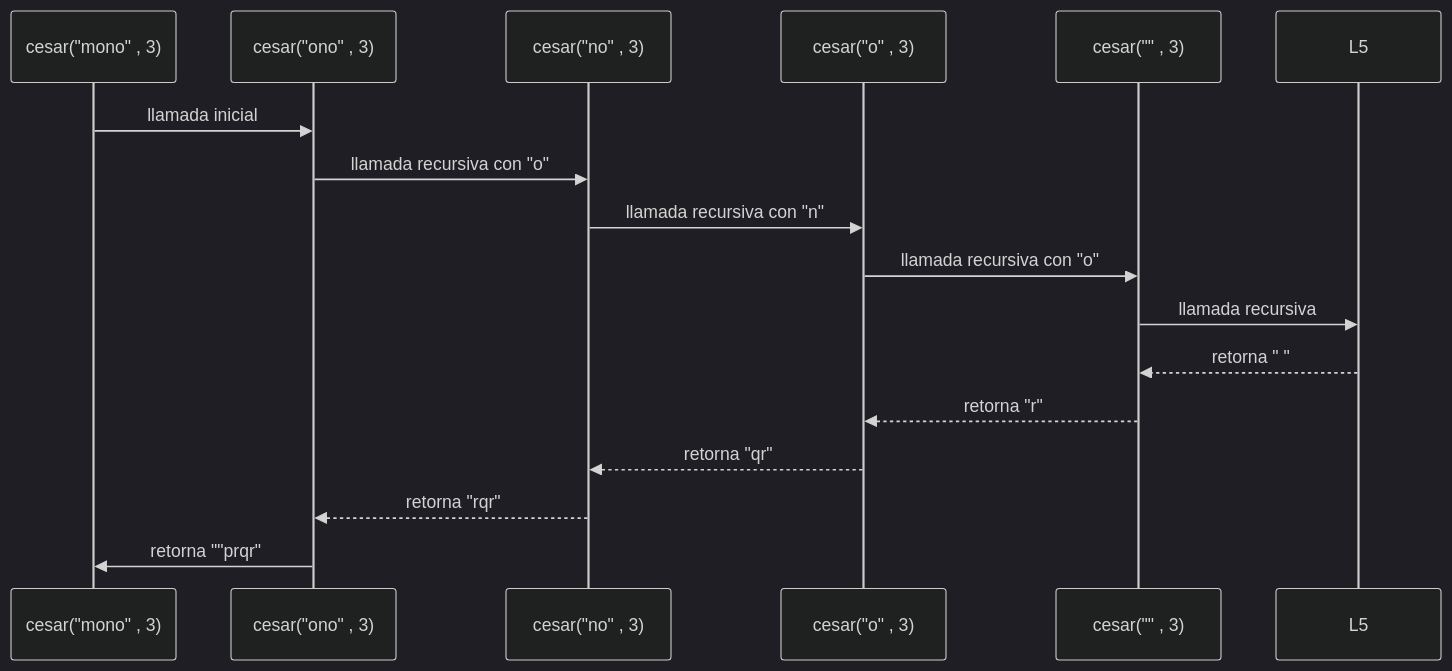
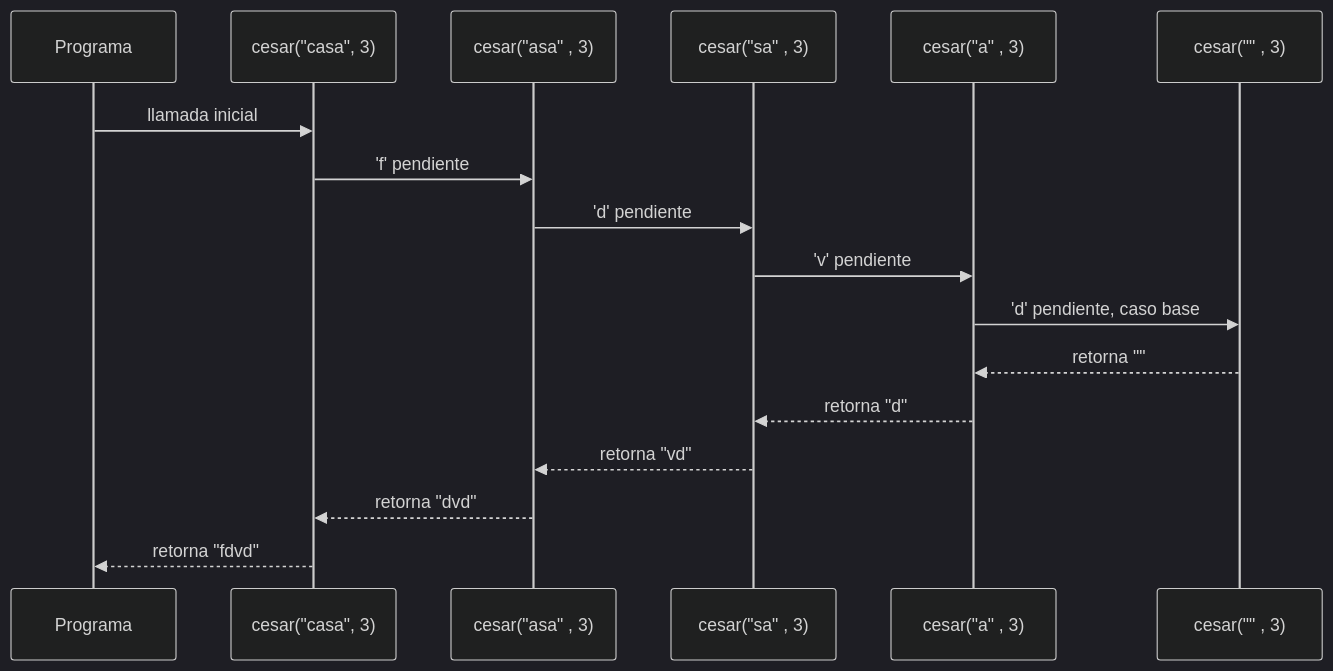
The first of 5 diagrams in docs/proceso.md (Lopez-andres/pfc-taller-1-cifrados-clasicos), drawn with Mermaid (dark theme) before and after one commit. The commit also changed other lines of this file and 2 other files, not shown here.

````diff
--- a/docs/proceso.md
+++ b/docs/proceso.md
@@ -130,21 +129,22 @@
 ```mermaid
 sequenceDiagram
-    participant Main as cesar("mono" , 3)
-    participant L1 as cesar("ono" , 3)
-    participant L2 as cesar("no" , 3)
-    participant L3 as cesar("o" , 3)
+    participant U as Programa
+    participant Main as cesar("casa", 3)
+    participant L1 as cesar("asa" , 3)
+    participant L2 as cesar("sa" , 3)
+    participant L3 as cesar("a" , 3)
     participant L4 as cesar("" , 3)
   
 
-    Main->>L1: llamada inicial
-    L1->>L2: llamada recursiva con "o"
-    L2->>L3: llamada recursiva con "n"
-    L3->>L4: llamada recursiva con "o"
+    U->>Main: llamada inicial
+    Main->>L1: 'f' pendiente
+    L1->>L2: 'd' pendiente
+    L2->>L3: 'v' pendiente
+    L3->>L4: 'd' pendiente, caso base
     
-    L4->>L5: llamada recursiva
-    L5-->>L4:retorna " "
-    L4-->>L3:retorna "r"
-    L3-->>L2:retorna "qr"
-    L2-->>L1:retorna "rqr"
-    L1->>Main: retorna ""prqr"
+    L4-->>L3: retorna ""
+    L3-->>L2: retorna "d"
+    L2-->>L1: retorna "vd"
+    L1-->>Main: retorna "dvd"
+    Main-->>U: retorna "fdvd"
 ```
````
